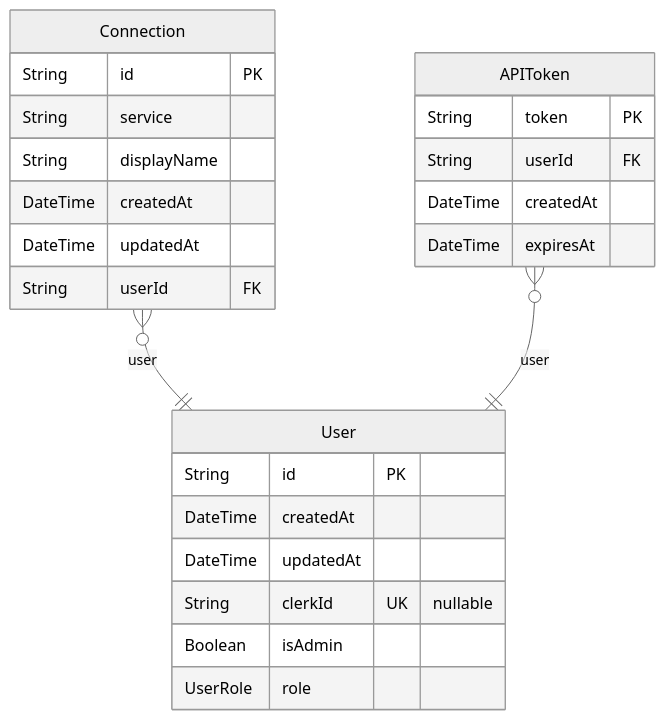
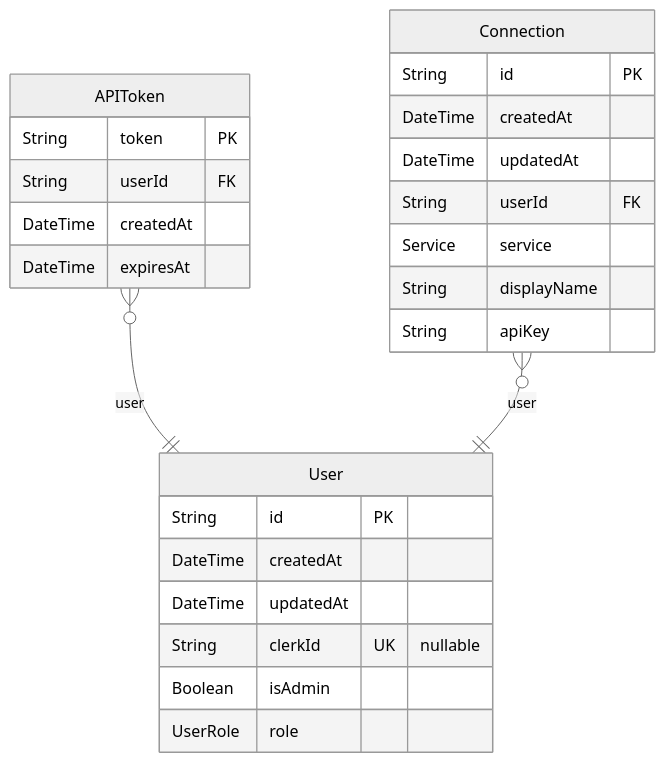
One commit to whalesync/scratch-cli changed the diagram in server/prisma/ERD.md. Above: the diagram before and after it, drawn with Mermaid (neutral theme). The commit also changed other lines of this file and 11 other files, not shown here.

````diff
--- a/server/prisma/ERD.md
+++ b/server/prisma/ERD.md
@@ -9,27 +9,28 @@
 ```mermaid
 erDiagram
-"Connection" {
-  String id PK
-  String service
-  String displayName
-  DateTime createdAt
-  DateTime updatedAt
-  String userId FK
-}
 "User" {
   String id PK
   DateTime createdAt
   DateTime updatedAt
   String clerkId UK "nullable"
   Boolean isAdmin
   UserRole role
 }
 "APIToken" {
   String token PK
   String userId FK
   DateTime createdAt
   DateTime expiresAt
 }
+"Connection" {
+  String id PK
+  DateTime createdAt
+  DateTime updatedAt
+  String userId FK
+  Service service
+  String displayName
+  String apiKey
+}
+"APIToken" }o--|| "User" : user
 "Connection" }o--|| "User" : user
-"APIToken" }o--|| "User" : user
 ```
````
